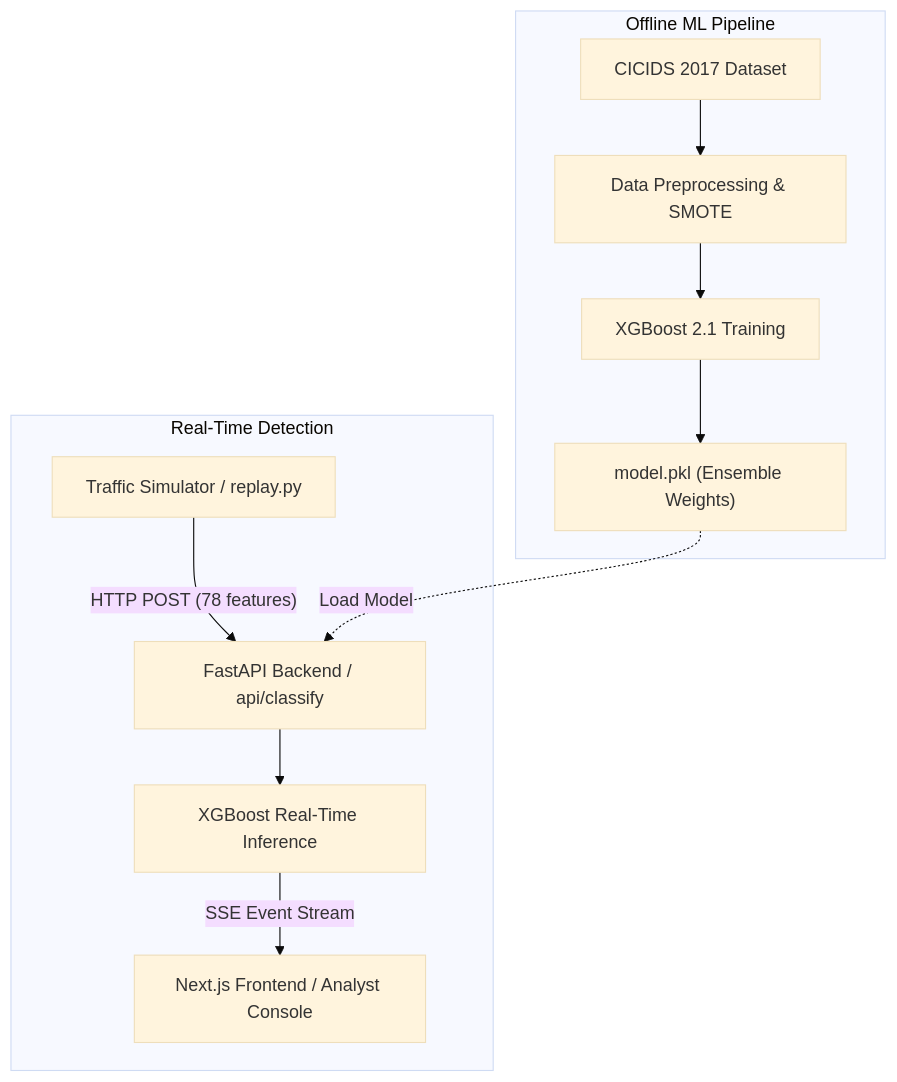
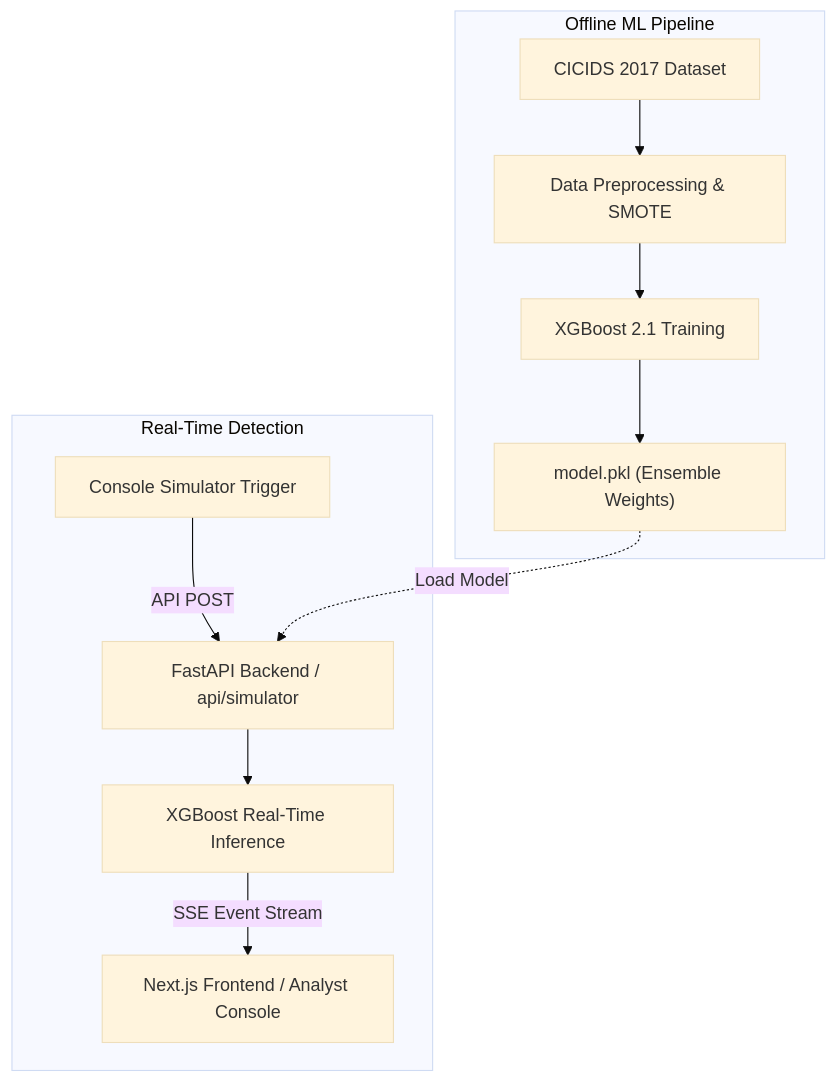
Before and after one commit to Shyamyemuka/sentinelai: the diagram in README.md, drawn with Mermaid (base theme). The commit also changed other lines of this file and 2 other files, not shown here.

Commit message:
update frontend and backend documentation

````diff
--- a/README.md
+++ b/README.md
@@ -12,15 +12,15 @@
 ```mermaid
 graph TD
     subgraph Offline ML Pipeline
         A[CICIDS 2017 Dataset] --> B[Data Preprocessing & SMOTE]
         B --> C[XGBoost 2.1 Training]
         C --> D["model.pkl (Ensemble Weights)"]
     end
 
     subgraph Real-Time Detection
-        E[Traffic Simulator / replay.py] -- "HTTP POST (78 features)" --> F[FastAPI Backend / api/classify]
+        E[Console Simulator Trigger] -- "API POST" --> F[FastAPI Backend / api/simulator]
         D -. "Load Model" .-> F
         F --> G[XGBoost Real-Time Inference]
         G -- "SSE Event Stream" --> H[Next.js Frontend / Analyst Console]
     end
 ```
````
